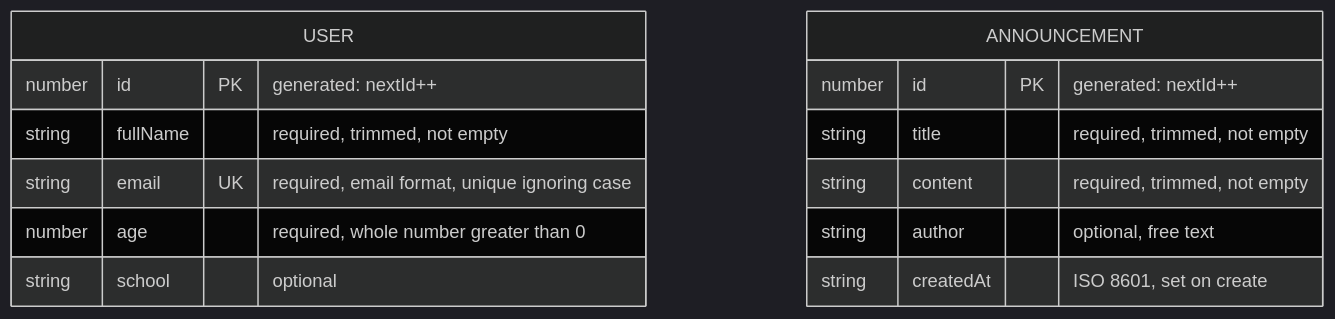
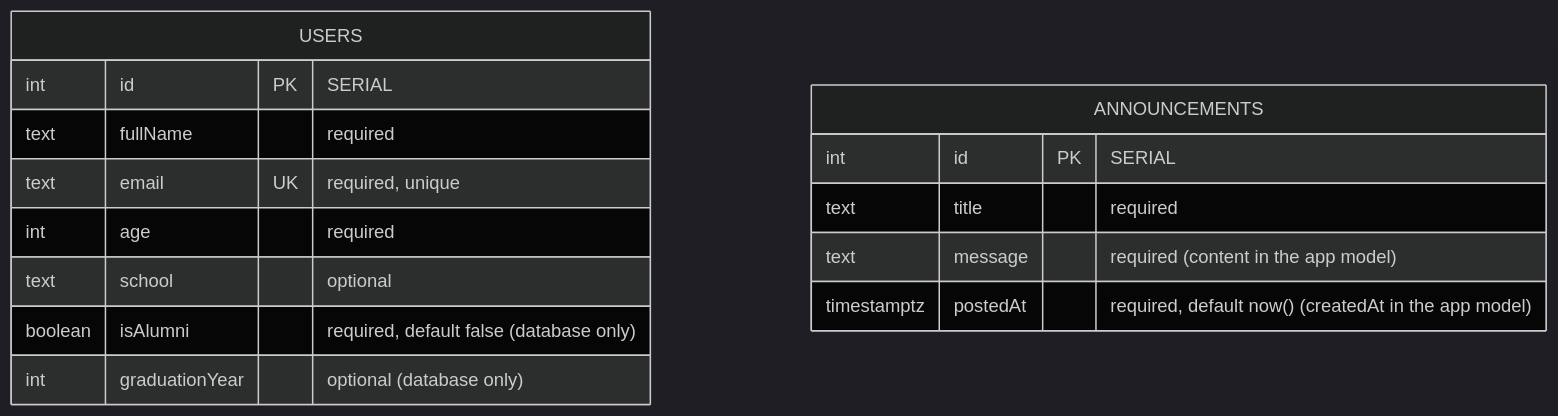
Before and after one commit to AnbarAhmadi/alumni: the diagram in ddd.md, drawn with Mermaid (dark theme). The commit also changed other lines of this file and 31 other files, not shown here.

````diff
--- a/ddd.md
+++ b/ddd.md
@@ -230,17 +285,18 @@
 ```mermaid
 erDiagram
-    USER {
-        number id PK "generated: nextId++"
-        string fullName "required, trimmed, not empty"
-        string email UK "required, email format, unique ignoring case"
-        number age "required, whole number greater than 0"
-        string school "optional"
+    USERS {
+        int id PK "SERIAL"
+        text fullName "required"
+        text email UK "required, unique"
+        int age "required"
+        text school "optional"
+        boolean isAlumni "required, default false (database only)"
+        int graduationYear "optional (database only)"
     }
-    ANNOUNCEMENT {
-        number id PK "generated: nextId++"
-        string title "required, trimmed, not empty"
-        string content "required, trimmed, not empty"
-        string author "optional, free text"
-        string createdAt "ISO 8601, set on create"
+    ANNOUNCEMENTS {
+        int id PK "SERIAL"
+        text title "required"
+        text message "required (content in the app model)"
+        timestamptz postedAt "required, default now() (createdAt in the app model)"
     }
 ```
````
